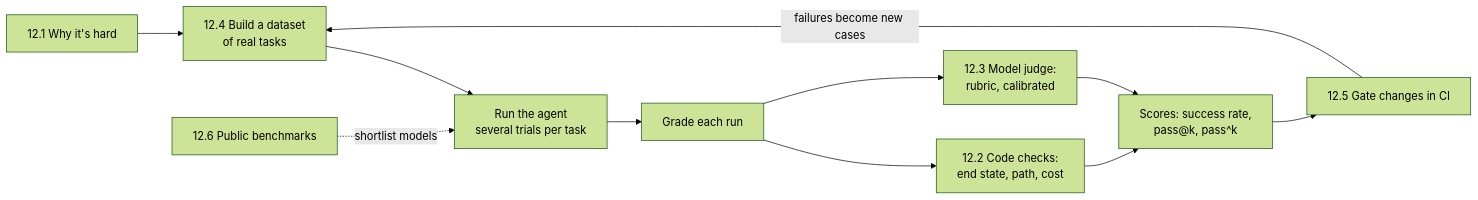
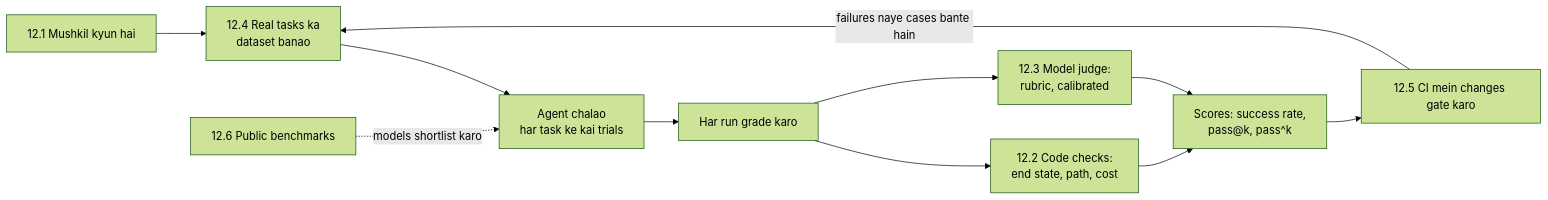
Before and after one commit to asmustechno/agentic-ai-notes: the diagram in docs/12-evaluation/README.md, drawn with Mermaid (forest theme). The commit also changed other lines of this file and 135 other files, not shown here.

````diff
--- a/docs/12-evaluation/README.md
+++ b/docs/12-evaluation/README.md
@@ -27,12 +27,12 @@
 ```mermaid
 flowchart LR
-    W["12.1 Why it's hard"] --> D["12.4 Build a dataset<br/>of real tasks"]
-    D --> R["Run the agent<br/>several trials per task"]
-    R --> G["Grade each run"]
+    W["12.1 Mushkil kyun hai"] --> D["12.4 Real tasks ka<br/>dataset banao"]
+    D --> R["Agent chalao<br/>har task ke kai trials"]
+    R --> G["Har run grade karo"]
     G --> M["12.2 Code checks:<br/>end state, path, cost"]
     G --> J["12.3 Model judge:<br/>rubric, calibrated"]
     M & J --> S["Scores: success rate,<br/>pass@k, pass^k"]
-    S --> CI["12.5 Gate changes in CI"]
-    CI -->|"failures become new cases"| D
-    B["12.6 Public benchmarks"] -.->|"shortlist models"| R
+    S --> CI["12.5 CI mein changes gate karo"]
+    CI -->|"failures naye cases bante hain"| D
+    B["12.6 Public benchmarks"] -.->|"models shortlist karo"| R
 ```
````
